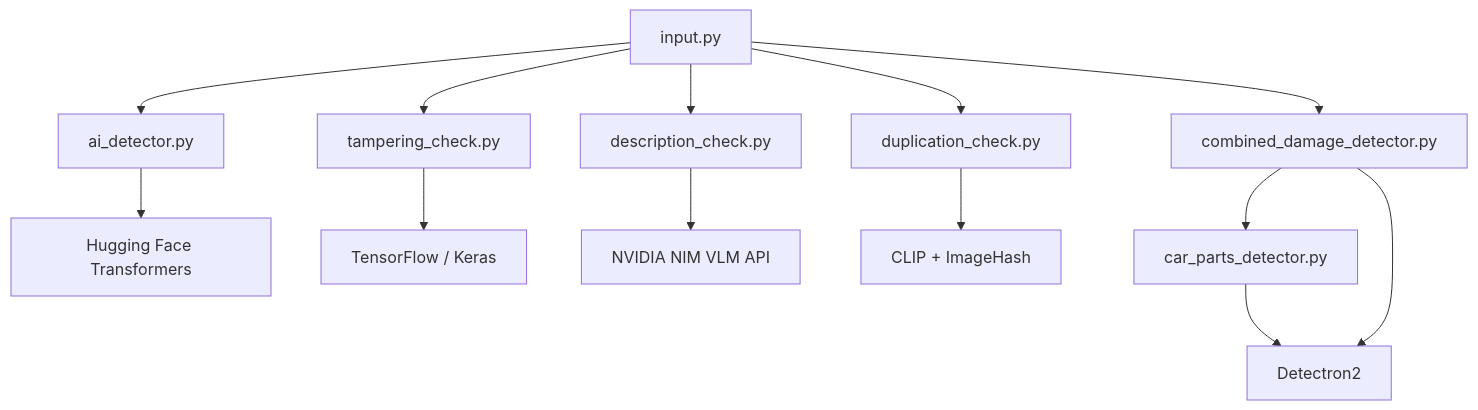
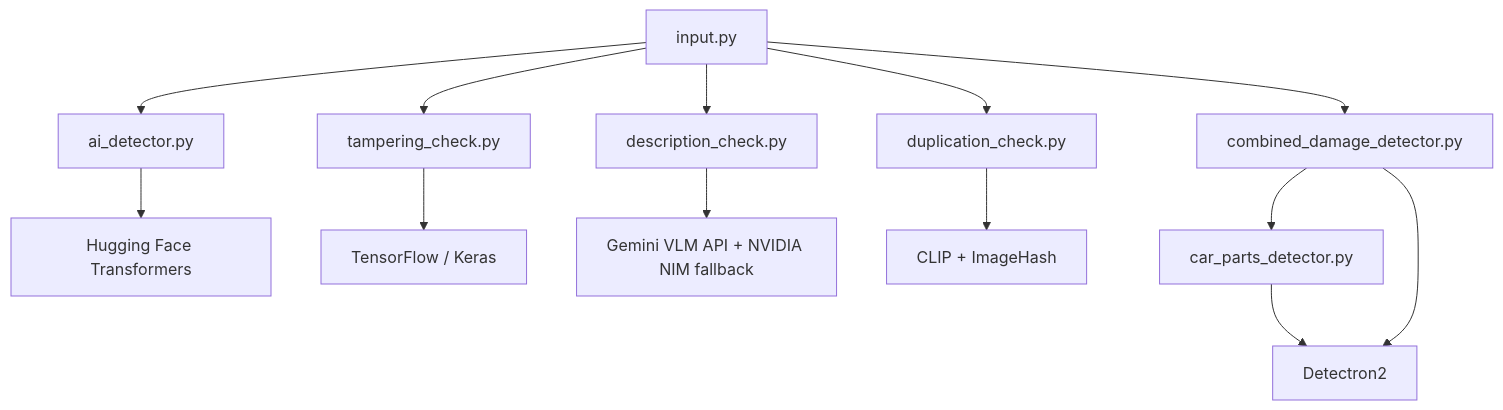
Before and after one commit to Harshit-Lalwani/Agentic-Insurance-Fraud-Detection: the diagram in README.md, drawn with Mermaid. The commit also changed other lines of this file and 2 other files, not shown here.

First line of the commit message:
docs: document Gemini support and add CLAUDE.md

````diff
--- a/README.md
+++ b/README.md
@@ -785,16 +796,16 @@
 ```mermaid
 graph TD
     A[input.py] --> B[ai_detector.py]
     A --> C[tampering_check.py]
     A --> D[description_check.py]
     A --> E[duplication_check.py]
     A --> F[combined_damage_detector.py]
     F --> G[car_parts_detector.py]
     
     B --> H[Hugging Face Transformers]
     C --> I[TensorFlow / Keras]
-    D --> J[NVIDIA NIM VLM API]
+    D --> J[Gemini VLM API + NVIDIA NIM fallback]
     E --> K[CLIP + ImageHash]
     F --> L[Detectron2]
     G --> L
 ```
````
